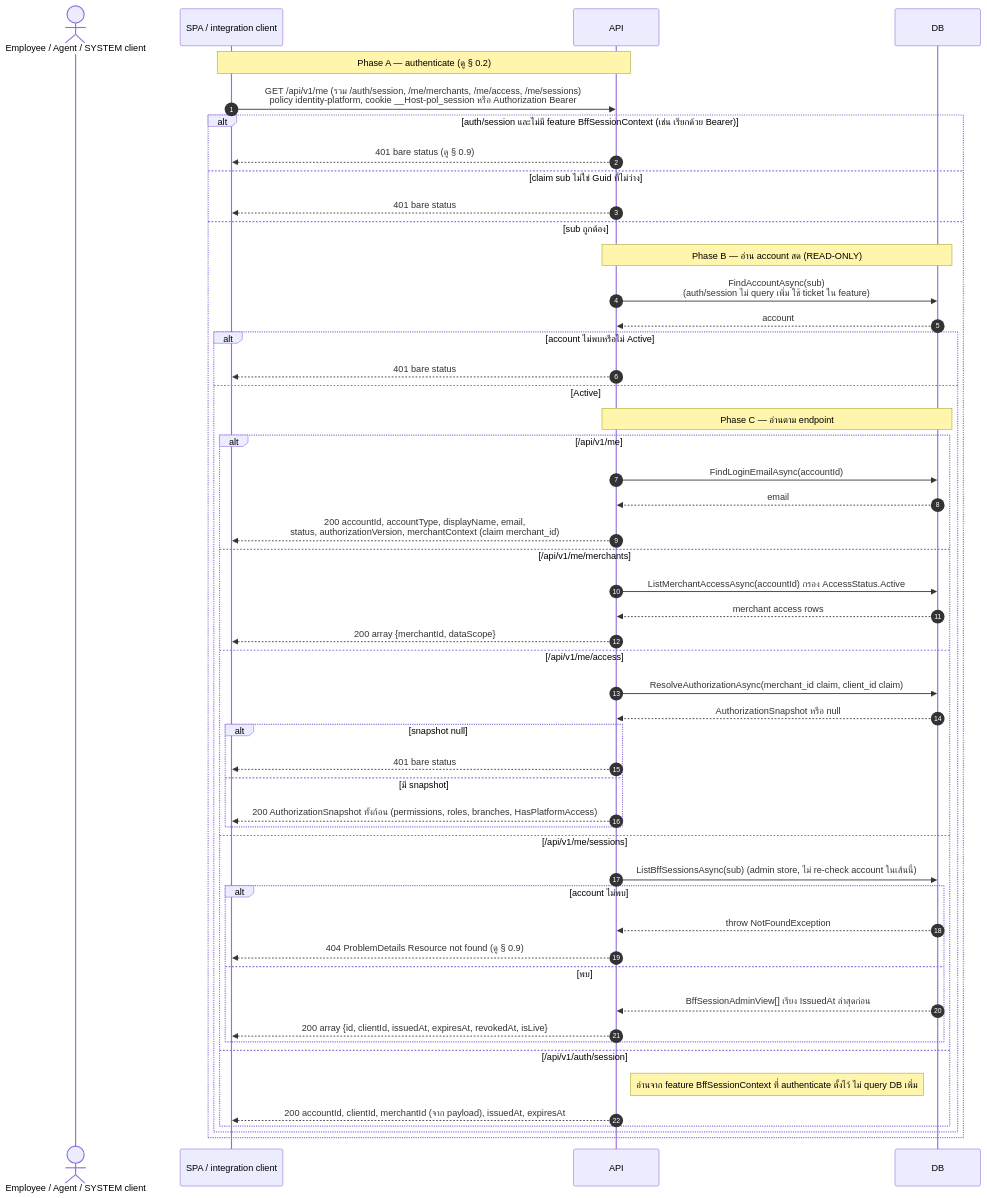
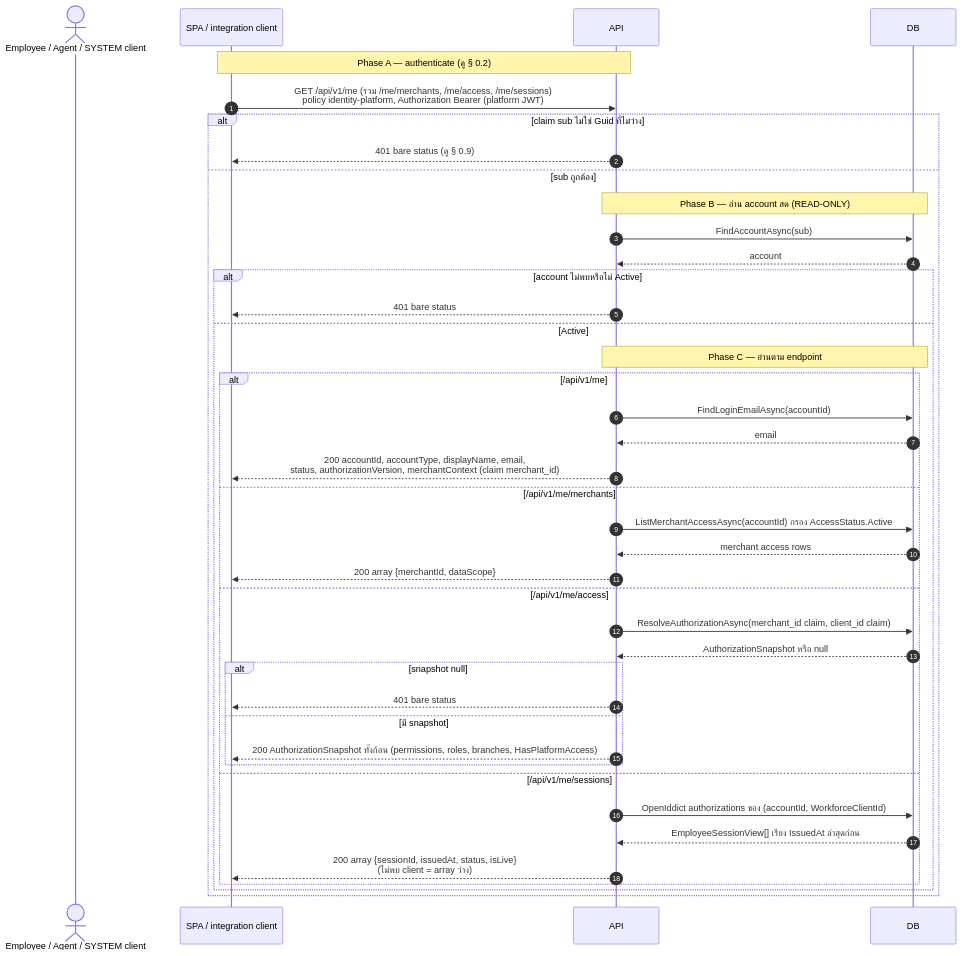
The fifth of 8 diagrams in outputs/diagrams/2026-09-14_api-endpoints_v1/01-identity-bff-oauth.sequences.md (metrodiesign/pol-core), drawn with Mermaid before and after one commit. The commit also changed other lines of this file and 42 other files, not shown here.

First line of the commit message:
docs: align reference docs and the API diagram set with the Bearer-only admin plane

````diff
--- a/outputs/diagrams/2026-09-14_api-endpoints_v1/01-identity-bff-oauth.sequences.md
+++ b/outputs/diagrams/2026-09-14_api-endpoints_v1/01-identity-bff-oauth.sequences.md
@@ -211,54 +210,44 @@
 ```mermaid
 sequenceDiagram
     autonumber
     actor U as Employee / Agent / SYSTEM client
     participant Client as SPA / integration client
     participant API
     participant DB
 
     Note over Client,API: Phase A — authenticate (ดู § 0.2)
-    Client->>API: GET /api/v1/me (รวม /auth/session, /me/merchants, /me/access, /me/sessions)<br/>policy identity-platform, cookie __Host-pol_session หรือ Authorization Bearer
-    alt auth/session และไม่มี feature BffSessionContext (เช่น เรียกด้วย Bearer)
+    Client->>API: GET /api/v1/me (รวม /me/merchants, /me/access, /me/sessions)<br/>policy identity-platform, Authorization Bearer (platform JWT)
+    alt claim sub ไม่ใช่ Guid ที่ไม่ว่าง
         API-->>Client: 401 bare status (ดู § 0.9)
-    else claim sub ไม่ใช่ Guid ที่ไม่ว่าง
-        API-->>Client: 401 bare status
     else sub ถูกต้อง
         Note over API,DB: Phase B — อ่าน account สด (READ-ONLY)
-        API->>DB: FindAccountAsync(sub)<br/>(auth/session ไม่ query เพิ่ม ใช้ ticket ใน feature)
+        API->>DB: FindAccountAsync(sub)
         DB-->>API: account
         alt account ไม่พบหรือไม่ Active
             API-->>Client: 401 bare status
         else Active
             Note over API,DB: Phase C — อ่านตาม endpoint
             alt /api/v1/me
                 API->>DB: FindLoginEmailAsync(accountId)
                 DB-->>API: email
                 API-->>Client: 200 accountId, accountType, displayName, email,<br/>status, authorizationVersion, merchantContext (claim merchant_id)
             else /api/v1/me/merchants
                 API->>DB: ListMerchantAccessAsync(accountId) กรอง AccessStatus.Active
                 DB-->>API: merchant access rows
                 API-->>Client: 200 array {merchantId, dataScope}
             else /api/v1/me/access
                 API->>DB: ResolveAuthorizationAsync(merchant_id claim, client_id claim)
                 DB-->>API: AuthorizationSnapshot หรือ null
                 alt snapshot null
                     API-->>Client: 401 bare status
                 else มี snapshot
                     API-->>Client: 200 AuthorizationSnapshot ทั้งก้อน (permissions, roles, branches, HasPlatformAccess)
                 end
             else /api/v1/me/sessions
-                API->>DB: ListBffSessionsAsync(sub) (admin store, ไม่ re-check account ในเส้นนี้)
-                alt account ไม่พบ
-                    DB-->>API: throw NotFoundException
-                    API-->>Client: 404 ProblemDetails Resource not found (ดู § 0.9)
-                else พบ
-                    DB-->>API: BffSessionAdminView[] เรียง IssuedAt ล่าสุดก่อน
-                    API-->>Client: 200 array {id, clientId, issuedAt, expiresAt, revokedAt, isLive}
-                end
-            else /api/v1/auth/session
-                Note right of API: อ่านจาก feature BffSessionContext ที่ authenticate ตั้งไว้ ไม่ query DB เพิ่ม
-                API-->>Client: 200 accountId, clientId, merchantId (จาก payload), issuedAt, expiresAt
+                API->>DB: OpenIddict authorizations ของ (accountId, WorkforceClientId)
+                DB-->>API: EmployeeSessionView[] เรียง IssuedAt ล่าสุดก่อน
+                API-->>Client: 200 array {sessionId, issuedAt, status, isLive}<br/>(ไม่พบ client = array ว่าง)
             end
         end
     end
 ```
````
